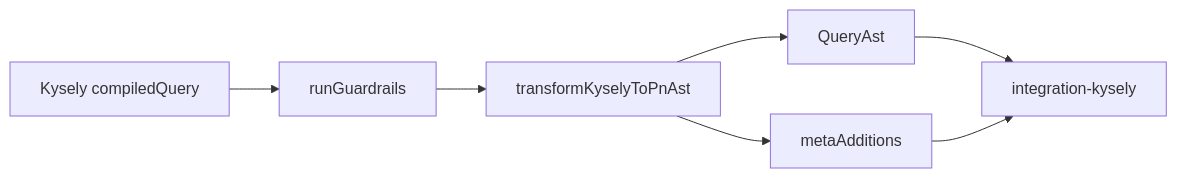
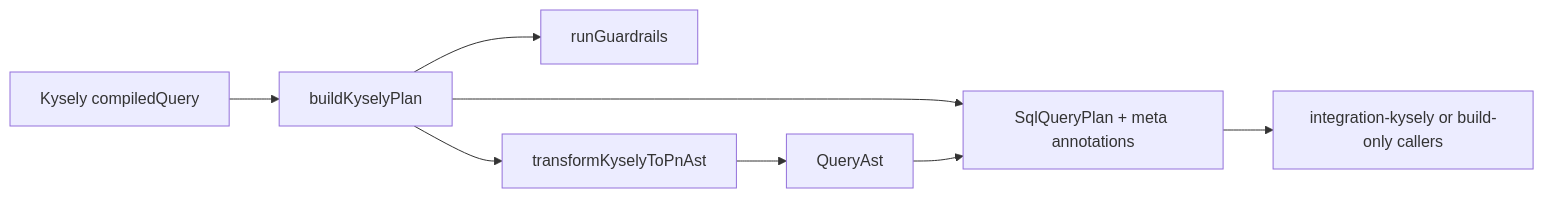
Before and after one commit to prisma/prisma-next: the diagram in packages/2-sql/4-lanes/kysely-lane/README.md, drawn with Mermaid. The commit also changed other lines of this file and 25 other files, not shown here.

First line of the commit message:
refactor: finalize build-only Kysely lane boundaries

````diff
--- a/packages/2-sql/4-lanes/kysely-lane/README.md
+++ b/packages/2-sql/4-lanes/kysely-lane/README.md
@@ -31,9 +34,10 @@
 ```mermaid
 flowchart LR
-  Kysely[Kysely compiledQuery] --> Guardrails[runGuardrails]
-  Guardrails --> Transform[transformKyselyToPnAst]
+  Kysely[Kysely compiledQuery] --> Build[buildKyselyPlan]
+  Build --> Guardrails[runGuardrails]
+  Build --> Transform[transformKyselyToPnAst]
   Transform --> AST[QueryAst]
-  Transform --> Meta[metaAdditions]
-  AST --> Consumer[integration-kysely]
-  Meta --> Consumer
+  Build --> Plan[SqlQueryPlan + meta annotations]
+  AST --> Plan
+  Plan --> Consumer[integration-kysely or build-only callers]
 ```
````
